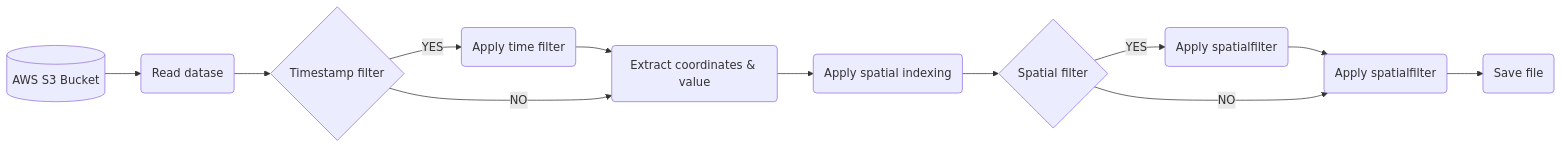
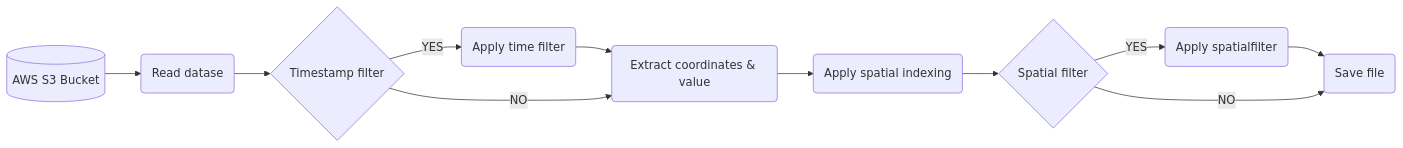
One commit to behzad89/netcdf_to_parquet changed the diagram in README.md. Above: the diagram before and after it, drawn with Mermaid.

Commit message:
[Update] README

````diff
--- a/README.md
+++ b/README.md
@@ -5,14 +5,13 @@
 ```mermaid
 graph LR
 id1[(AWS S3 Bucket)] --> B(Read datase)
 B --> C{Timestamp filter}
 C --YES--> D(Apply time filter)
 D --> E(Apply time filter)
 C --NO--> E(Extract coordinates & value)
 E --> F(Apply spatial indexing)
 F --> G{Spatial filter}
 G --YES--> H(Apply spatialfilter)
 H --> J(Save Apache Parquet file)
-G --NO--> J(Apply spatialfilter)
-J --> L(Save file)
+G --NO--> J(Save file)
 ```
````
